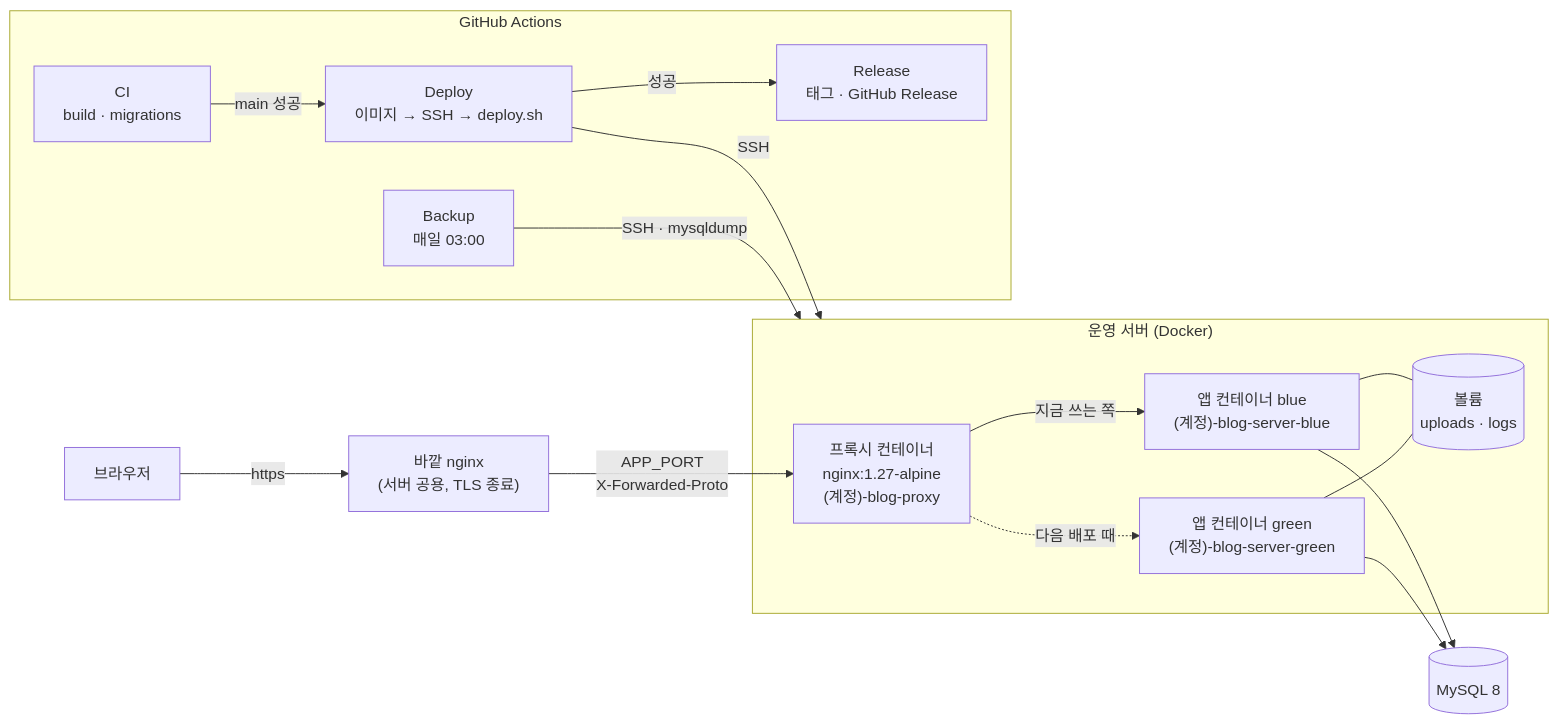
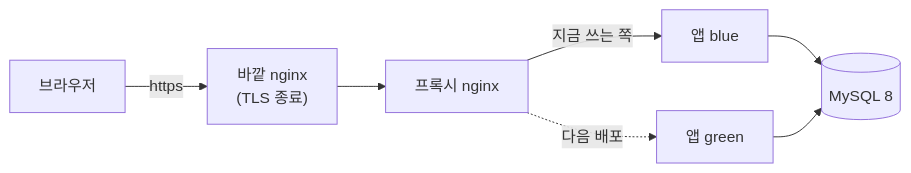
The diagram in README.md (blogJJ/blog-server), drawn with Mermaid before and after one commit. The commit also changed other lines of this file, not shown here.

````diff
--- a/README.md
+++ b/README.md
@@ -67,28 +58,9 @@
 ```mermaid
 flowchart LR
-    user["브라우저"] -->|"https"| outer["바깥 nginx<br/>(서버 공용, TLS 종료)"]
-
-    subgraph server["운영 서버 (Docker)"]
-        proxy["프록시 컨테이너<br/>nginx:1.27-alpine<br/>(계정)-blog-proxy"]
-        blue["앱 컨테이너 blue<br/>(계정)-blog-server-blue"]
-        green["앱 컨테이너 green<br/>(계정)-blog-server-green"]
-        uploads[("볼륨<br/>uploads · logs")]
-    end
-
-    outer -->|"APP_PORT<br/>X-Forwarded-Proto"| proxy
-    proxy -->|"지금 쓰는 쪽"| blue
-    proxy -.->|"다음 배포 때"| green
-    blue --- uploads
-    green --- uploads
+    user["브라우저"] -->|https| outer["바깥 nginx<br/>(TLS 종료)"]
+    outer --> proxy["프록시 nginx"]
+    proxy -->|지금 쓰는 쪽| blue["앱 blue"]
+    proxy -.->|다음 배포| green["앱 green"]
     blue --> db[("MySQL 8")]
     green --> db
-
-    subgraph gha["GitHub Actions"]
-        ci["CI<br/>build · migrations"] -->|"main 성공"| deploy["Deploy<br/>이미지 → SSH → deploy.sh"]
-        deploy -->|"성공"| release["Release<br/>태그 · GitHub Release"]
-        backup["Backup<br/>매일 03:00"]
-    end
-
-    deploy -->|"SSH"| server
-    backup -->|"SSH · mysqldump"| server
 ```
````
